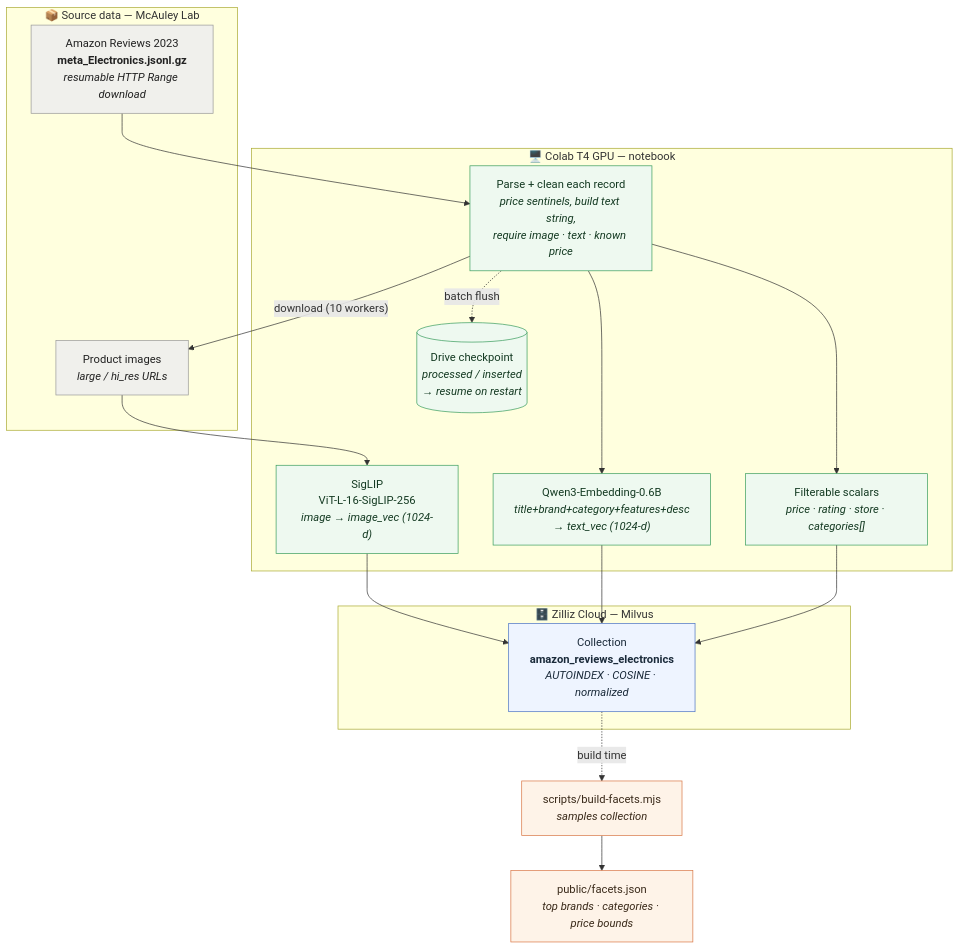
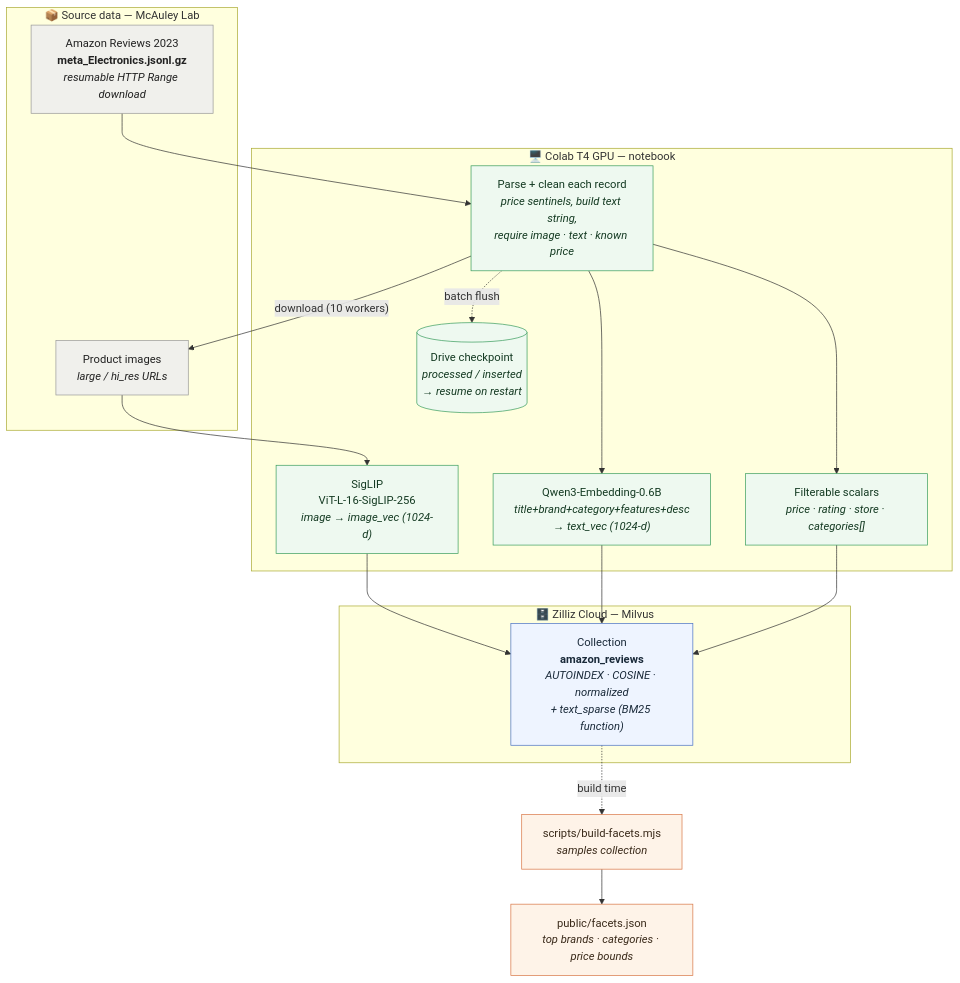
One commit to simonhearne/vectordb-ecom-search-demo changed the second of 2 diagrams in README.md. Above: the diagram before and after it, drawn with Mermaid. The commit also changed other lines of this file and 10 other files, not shown here.

````diff
--- a/README.md
+++ b/README.md
@@ -82,42 +86,42 @@
 ```mermaid
 flowchart TB
     subgraph source["📦 Source data — McAuley Lab"]
         meta["Amazon Reviews 2023<br/><b>meta_Electronics.jsonl.gz</b><br/><i>resumable HTTP Range download</i>"]
         imgs["Product images<br/><i>large / hi_res URLs</i>"]
     end
 
     subgraph colab["🖥️ Colab T4 GPU — notebook"]
         parse["Parse + clean each record<br/><i>price sentinels, build text string,<br/>require image · text · known price</i>"]
         siglip["SigLIP<br/>ViT-L-16-SigLIP-256<br/><i>image → image_vec (1024-d)</i>"]
         qwen["Qwen3-Embedding-0.6B<br/><i>title+brand+category+features+desc<br/>→ text_vec (1024-d)</i>"]
         scalars["Filterable scalars<br/><i>price · rating · store · categories[]</i>"]
         ckpt[("Drive checkpoint<br/><i>processed / inserted<br/>→ resume on restart</i>")]
     end
 
     subgraph zilliz["🗄️ Zilliz Cloud — Milvus"]
-        coll["Collection<br/><b>amazon_reviews_electronics</b><br/><i>AUTOINDEX · COSINE · normalized</i>"]
+        coll["Collection<br/><b>amazon_reviews</b><br/><i>AUTOINDEX · COSINE · normalized<br/>+ text_sparse (BM25 function)</i>"]
     end
 
     facets["scripts/build-facets.mjs<br/><i>samples collection</i>"]
     fjson["public/facets.json<br/><i>top brands · categories · price bounds</i>"]
 
     meta --> parse
     parse -- "download (10 workers)" --> imgs
     imgs --> siglip
     parse --> qwen
     parse --> scalars
     siglip --> coll
     qwen --> coll
     scalars --> coll
     parse -.batch flush.-> ckpt
     coll -.->|build time| facets --> fjson
 
     classDef src fill:#f0f0ec,stroke:#999,color:#222;
     classDef gpu fill:#eef9f0,stroke:#3a9d5d,color:#143a22;
     classDef db fill:#eef4ff,stroke:#4a72c4,color:#1a2a3a;
     classDef art fill:#fef3e8,stroke:#d97746,color:#3a2a1a;
     class meta,imgs src;
     class parse,siglip,qwen,scalars,ckpt gpu;
     class coll db;
     class facets,fjson art;
 ```
````
